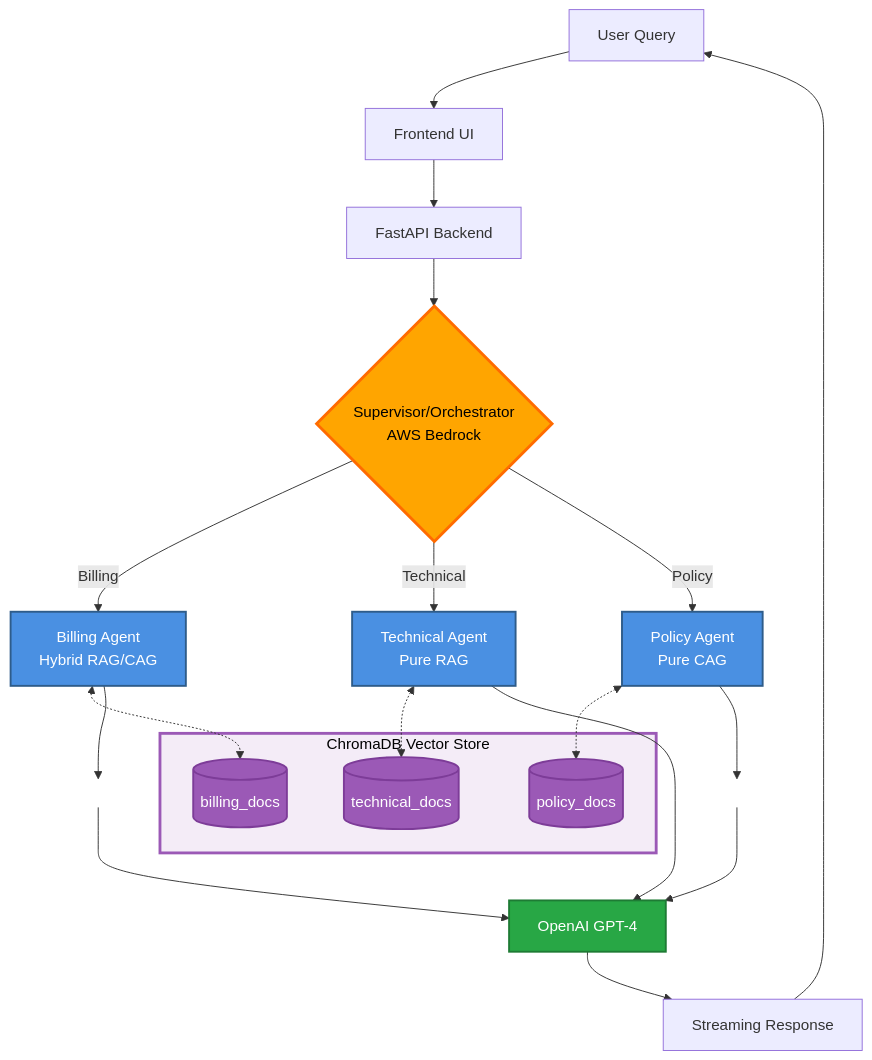
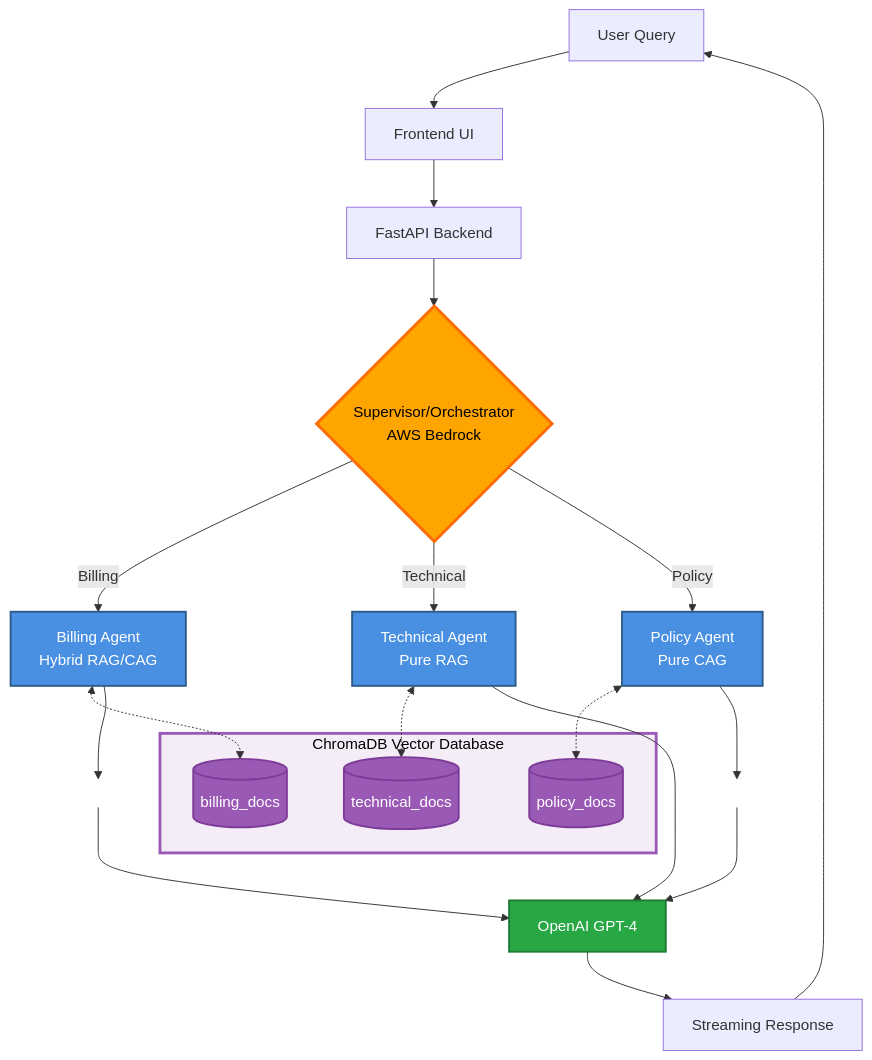
The first of 2 diagrams in README.md (fly2safa/multi-agent-customer-service), drawn with Mermaid before and after one commit. The commit also changed other lines of this file, not shown here.

First line of the commit message:
docs: rename to Vector Database and add Frontend Architecture diagram

````diff
--- a/README.md
+++ b/README.md
@@ -18,39 +18,39 @@
 ```mermaid
 graph TB
     A[User Query] --> B[Frontend UI]
     B --> C[FastAPI Backend]
     C --> D{Supervisor/Orchestrator<br/>AWS Bedrock}
     D -->|Billing| E[Billing Agent<br/>Hybrid RAG/CAG]
     D -->|Technical| F[Technical Agent<br/>Pure RAG]
     D -->|Policy| G[Policy Agent<br/>Pure CAG]
     
     E <-.-> K[(billing_docs)]
     F <-.-> L[(technical_docs)]
     G <-.-> M[(policy_docs)]
     
-    subgraph ChromaDB[" ChromaDB Vector Store "]
+    subgraph ChromaDB[" ChromaDB Vector Database "]
         K
         L
         M
     end
     
     E --> N[ ]
     F --> H[OpenAI GPT-4]
     G --> O[ ]
     N --> H
     O --> H
     H --> I[Streaming Response]
     I --> A
     
     style D fill:#FFA500,stroke:#FF6B00,stroke-width:3px,color:#000
     style E fill:#4A90E2,stroke:#2E5C8A,stroke-width:2px,color:#FFF
     style F fill:#4A90E2,stroke:#2E5C8A,stroke-width:2px,color:#FFF
     style G fill:#4A90E2,stroke:#2E5C8A,stroke-width:2px,color:#FFF
     style H fill:#28A745,stroke:#1E7B34,stroke-width:2px,color:#FFF
     style ChromaDB fill:#F4ECF7,stroke:#9B59B6,stroke-width:3px,color:#000
     style K fill:#9B59B6,stroke:#7D3C98,stroke-width:2px,color:#FFF
     style L fill:#9B59B6,stroke:#7D3C98,stroke-width:2px,color:#FFF
     style M fill:#9B59B6,stroke:#7D3C98,stroke-width:2px,color:#FFF
     style N fill:none,stroke:none
     style O fill:none,stroke:none
 ```
````
